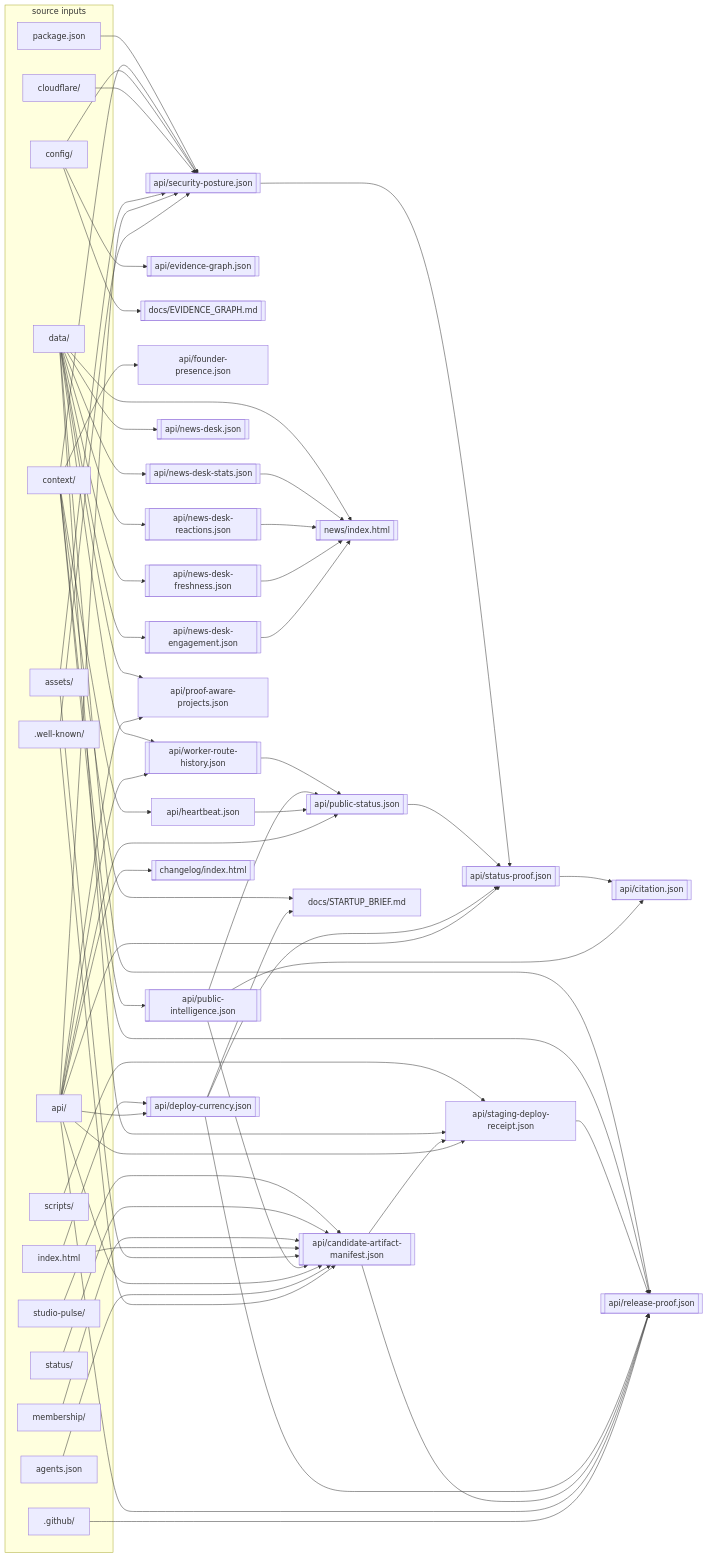
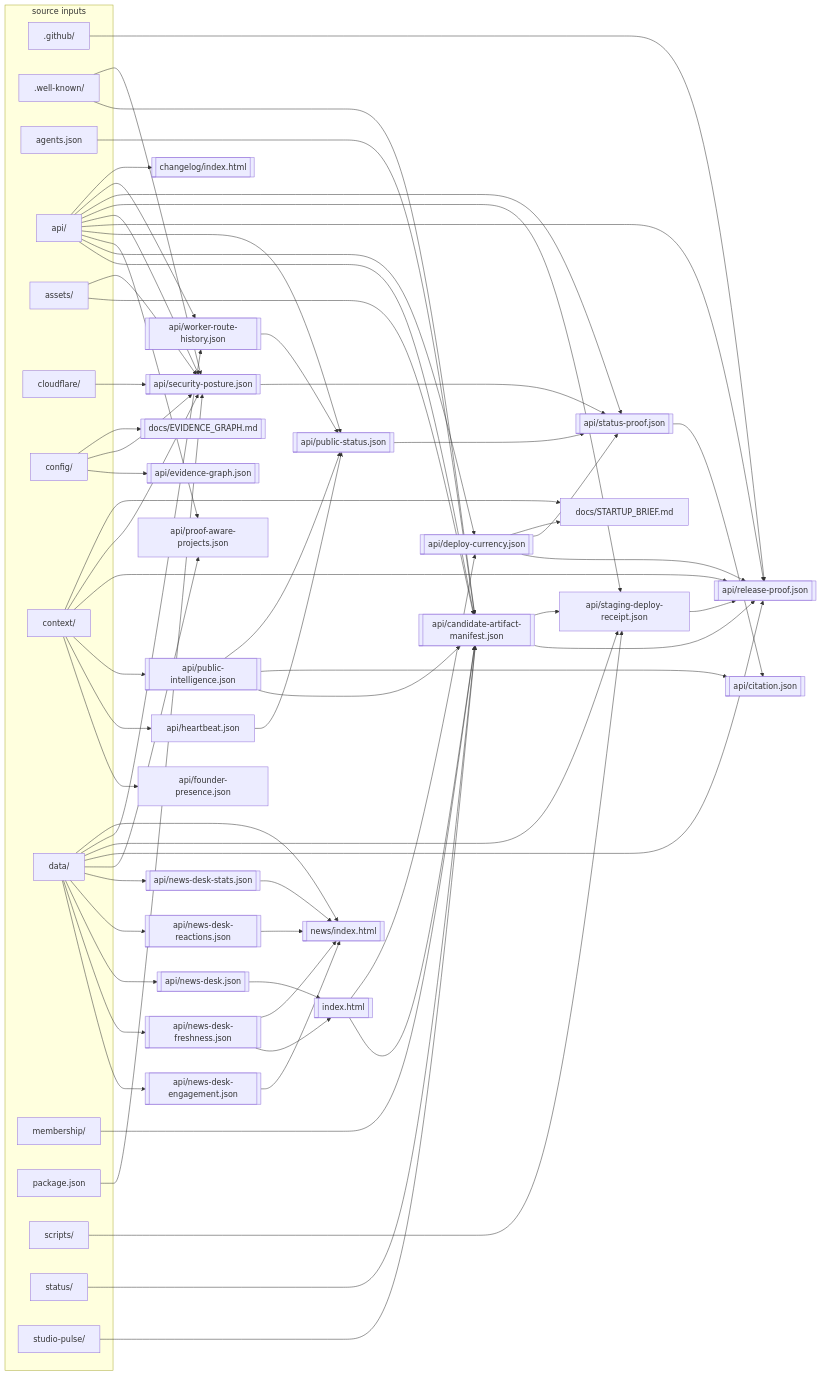
One commit to VaultSparkStudios/VaultSparkStudios.github.io changed the diagram in docs/EVIDENCE_GRAPH.md. Above: the diagram before and after it, drawn with Mermaid. The commit also changed other lines of this file and 71 other files, not shown here.

```diff
--- a/docs/EVIDENCE_GRAPH.md
+++ b/docs/EVIDENCE_GRAPH.md
@@ -39,7 +39,6 @@
     n_config_["config/"]
     n_context_["context/"]
     n_data_["data/"]
-    n_index_html["index.html"]
     n_membership_["membership/"]
     n_package_json["package.json"]
     n_scripts_["scripts/"]
@@ -53,6 +52,7 @@
   n_docs_EVIDENCE_GRAPH_md[["docs/EVIDENCE_GRAPH.md"]]
   n_api_founder_presence_json["api/founder-presence.json"]
   n_api_heartbeat_json["api/heartbeat.json"]
+  n_index_html[["index.html"]]
   n_api_news_desk_json[["api/news-desk.json"]]
   n_api_news_desk_engagement_json[["api/news-desk-engagement.json"]]
   n_api_news_desk_freshness_json[["api/news-desk-freshness.json"]]
@@ -90,7 +90,9 @@
   n_api_deploy_currency_json --> n_docs_STARTUP_BRIEF_md
   n_api_heartbeat_json --> n_api_public_status_json
   n_api_news_desk_engagement_json --> n_news_index_html
+  n_api_news_desk_freshness_json --> n_index_html
   n_api_news_desk_freshness_json --> n_news_index_html
+  n_api_news_desk_json --> n_index_html
   n_api_news_desk_reactions_json --> n_news_index_html
   n_api_news_desk_stats_json --> n_news_index_html
   n_api_public_intelligence_json --> n_api_candidate_artifact_manifest_json
```
